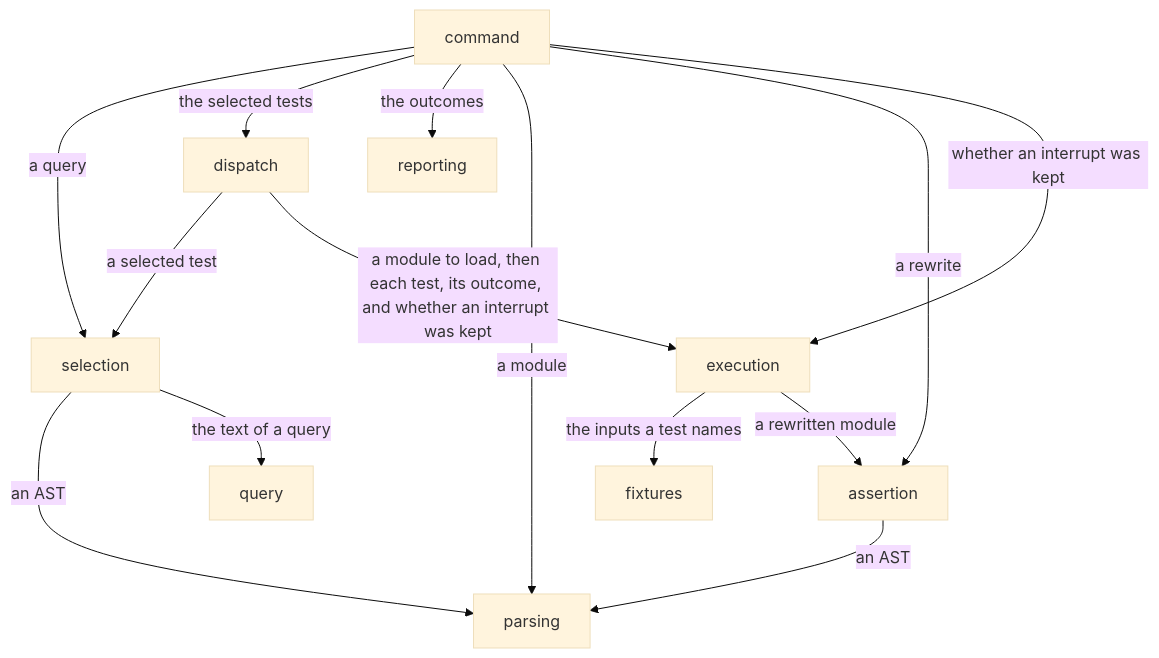
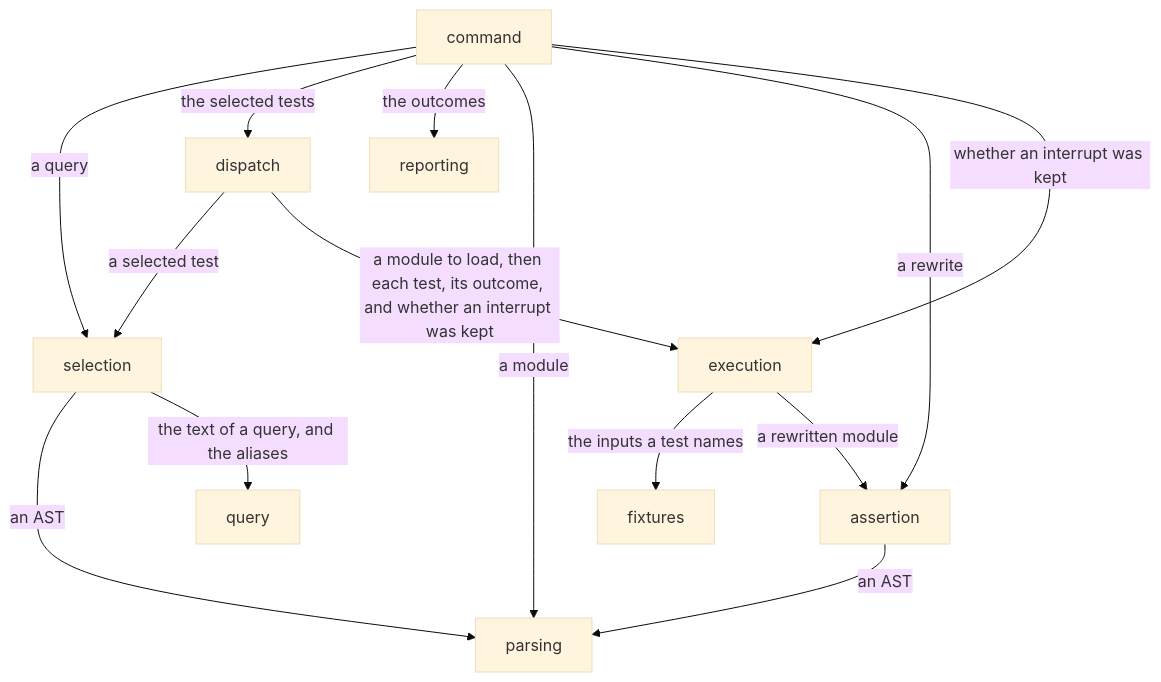
The second of 3 diagrams in LANDSCAPE.md (kalonji-tools/purba), drawn with Mermaid (base theme) before and after one commit. The commit also changed other lines of this file and 1 other file, not shown here.

Commit message:
docs(selection): record how purba reads and expands an alias (#1273)
The record said purba refuses a deeper query before the parser reads it,
which no longer holds for an alias: the aliases come from the project's
file after the parse, so purba counts their levels as it expands them.

````diff
--- a/LANDSCAPE.md
+++ b/LANDSCAPE.md
@@ -69,16 +69,16 @@
 ```mermaid
 flowchart TD
   command -- "a query" --> selection
   command -- "the selected tests" --> dispatch
   command -- "the outcomes" --> reporting
   command -- "a module" --> parsing
   command -- "a rewrite" --> assertion
   command -- "whether an interrupt was kept" --> execution
   selection -- "an AST" --> parsing
-  selection -- "the text of a query" --> query
+  selection -- "the text of a query, and the aliases" --> query
   assertion -- "an AST" --> parsing
   dispatch -- "a selected test" --> selection
   dispatch -- "a module to load, then each test, its outcome, and whether an interrupt was kept" --> execution
   execution -- "the inputs a test names" --> fixtures
   execution -- "a rewritten module" --> assertion
 ```
````
